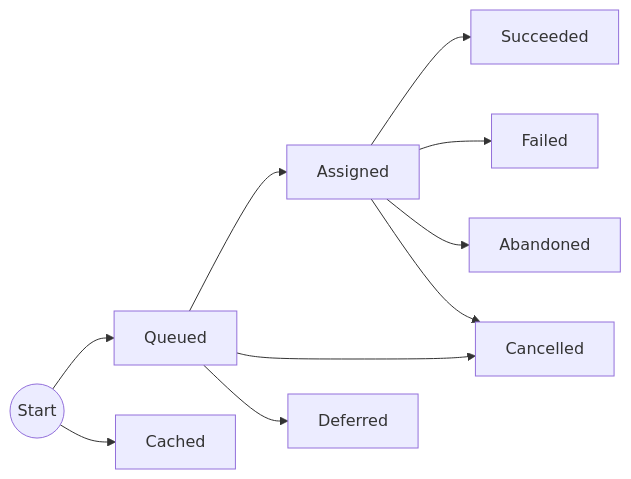
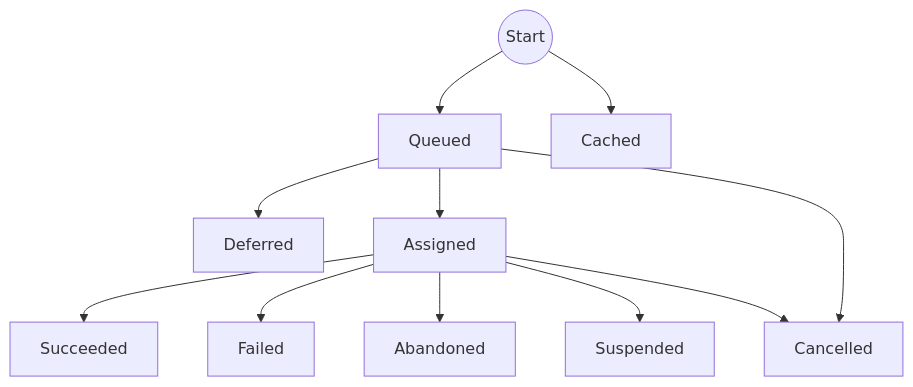
The diagram in docs/docs/executions.md (CofluxLabs/coflux), drawn with Mermaid before and after one commit. The commit also changed other lines of this file and 21 other files, not shown here.

````diff
--- a/docs/docs/executions.md
+++ b/docs/docs/executions.md
@@ -5,12 +5,13 @@
 ```mermaid
-graph LR;
+graph TB;
   start((Start))-->queued
   start-->cached[Cached]
-  queued[Queued]-->assigned
+  queued[Queued]-->deferred[Deferred]
+  queued-->assigned
   queued-->cancelled
-  queued-->deferred[Deferred]
   assigned[Assigned]-->succeeded[Succeeded]
   assigned-->failed[Failed]
   assigned-->abandoned[Abandoned]
+  assigned-->suspended[Suspended]
   assigned-->cancelled[Cancelled]
 ```
````
